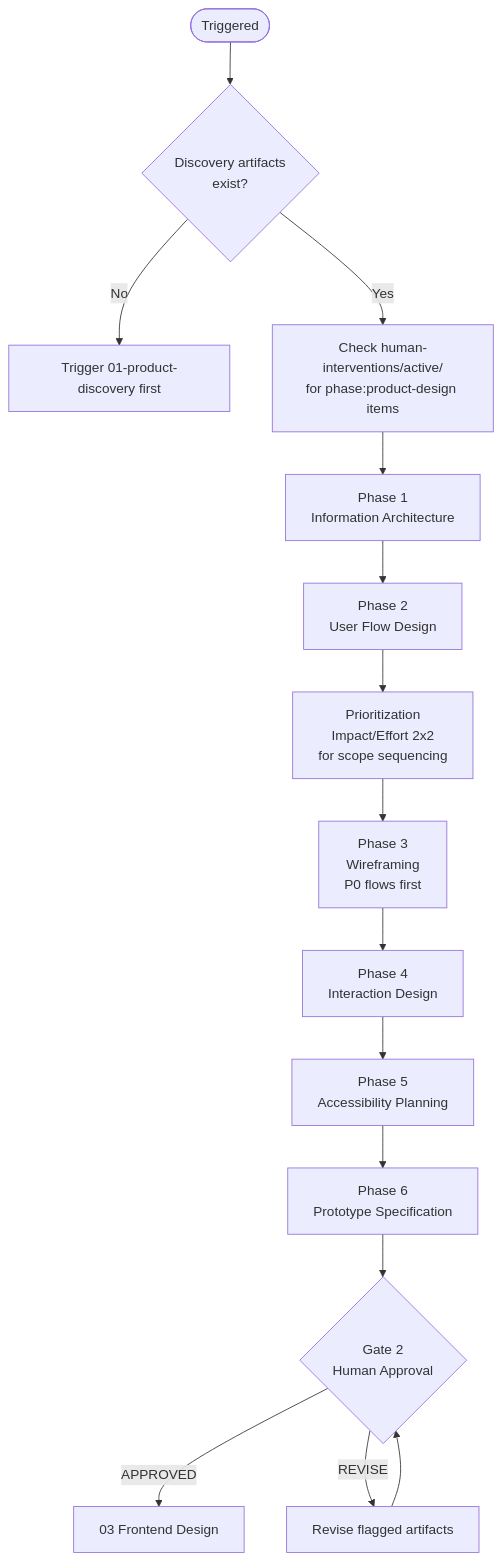
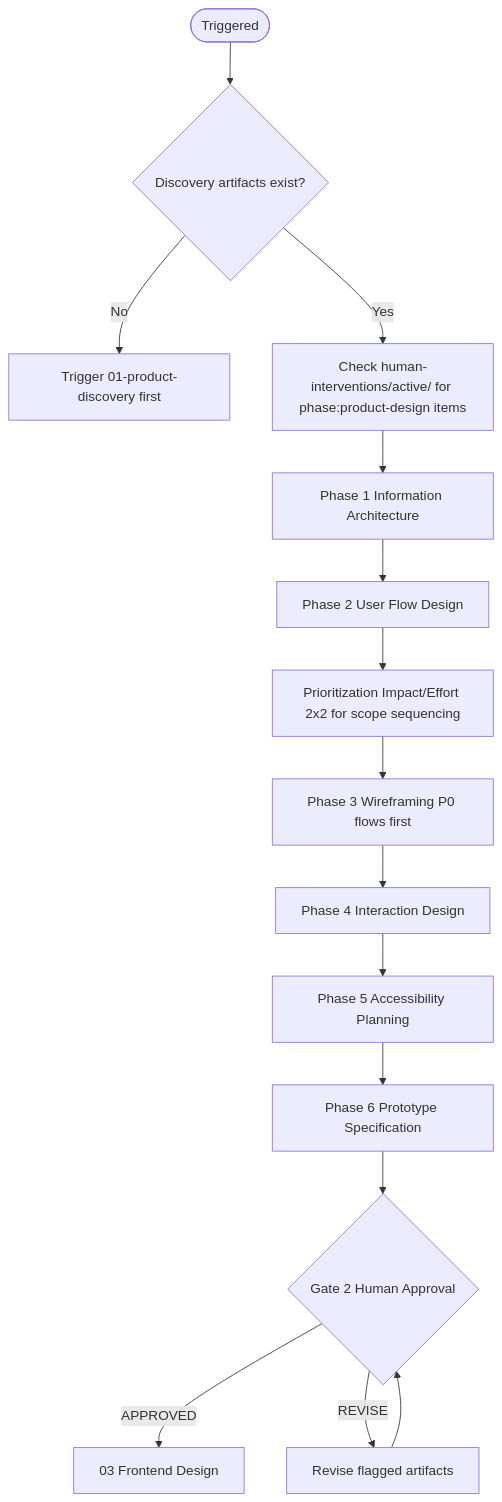
One commit to ivanyeors/product-agentic-templates changed the first of 2 diagrams in .cursor/skills/02-product-design/SKILL.md. Above: the diagram before and after it, drawn with Mermaid. The commit also changed other lines of this file and 39 other files, not shown here.

````diff
--- a/.cursor/skills/02-product-design/SKILL.md
+++ b/.cursor/skills/02-product-design/SKILL.md
@@ -36,17 +36,17 @@
 ```mermaid
 flowchart TD
-    start([Triggered]) --> prereq{Discovery artifacts\nexist?}
+    start([Triggered]) --> prereq{Discovery artifacts exist?}
     prereq -->|No| block[Trigger 01-product-discovery first]
-    prereq -->|Yes| hi_check[Check human-interventions/active/\nfor phase:product-design items]
-    hi_check --> s1[Phase 1\nInformation Architecture]
-    s1 --> s2[Phase 2\nUser Flow Design]
-    s2 --> pri[Prioritization\nImpact/Effort 2x2\nfor scope sequencing]
-    pri --> s3[Phase 3\nWireframing\nP0 flows first]
-    s3 --> s4[Phase 4\nInteraction Design]
-    s4 --> s5[Phase 5\nAccessibility Planning]
-    s5 --> s6[Phase 6\nPrototype Specification]
-    s6 --> gate{Gate 2\nHuman Approval}
+    prereq -->|Yes| hi_check[Check human-interventions/active/ for phase:product-design items]
+    hi_check --> s1[Phase 1 Information Architecture]
+    s1 --> s2[Phase 2 User Flow Design]
+    s2 --> pri[Prioritization Impact/Effort 2x2 for scope sequencing]
+    pri --> s3[Phase 3 Wireframing P0 flows first]
+    s3 --> s4[Phase 4 Interaction Design]
+    s4 --> s5[Phase 5 Accessibility Planning]
+    s5 --> s6[Phase 6 Prototype Specification]
+    s6 --> gate{Gate 2 Human Approval}
     gate -->|APPROVED| next[03 Frontend Design]
     gate -->|REVISE| revise[Revise flagged artifacts]
     revise --> gate
 ```
````
